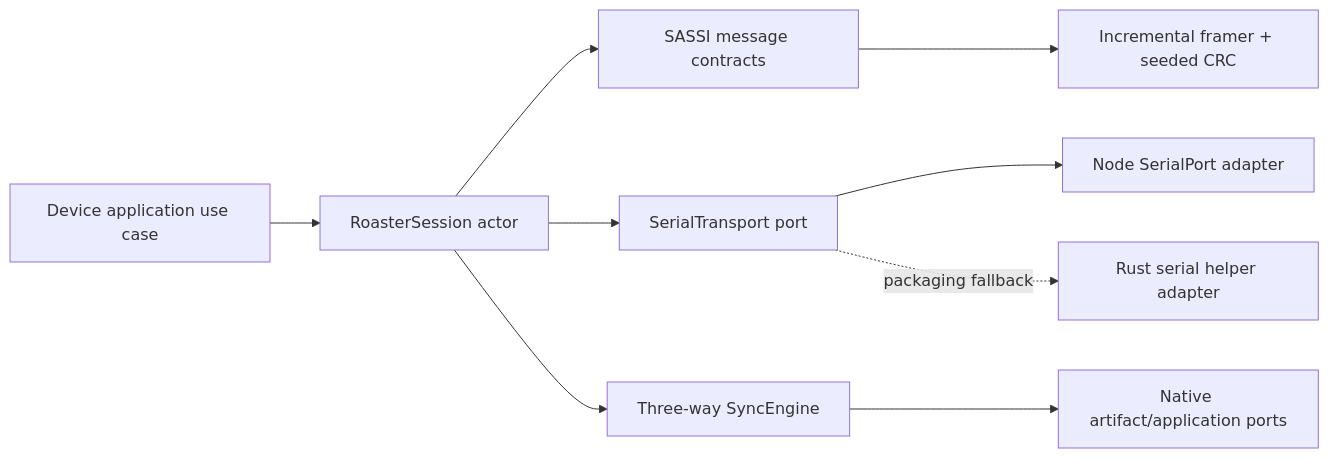
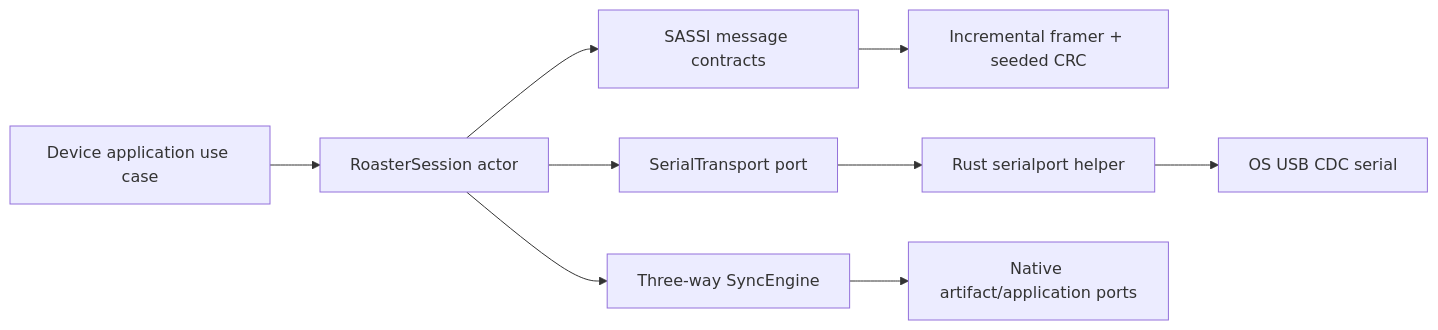
The sixth of 9 diagrams in docs/04-technical-specification.md (xavierroma/tan-studio), drawn with Mermaid before and after one commit. The commit also changed other lines of this file and 33 other files, not shown here.

````diff
--- a/docs/04-technical-specification.md
+++ b/docs/04-technical-specification.md
@@ -1268,11 +1271,11 @@
 ```mermaid
 flowchart LR
     UseCase["Device application use case"] --> Session["RoasterSession actor"]
     Session --> Protocol["SASSI message contracts"]
     Protocol --> Codec["Incremental framer + seeded CRC"]
     Session --> Transport["SerialTransport port"]
-    Transport --> Node["Node SerialPort adapter"]
-    Transport -. "packaging fallback" .-> Rust["Rust serial helper adapter"]
+    Transport --> Rust["Rust serialport helper"]
+    Rust --> CDC["OS USB CDC serial"]
     Session --> Sync["Three-way SyncEngine"]
     Sync --> Files["Native artifact/application ports"]
 ```
````
